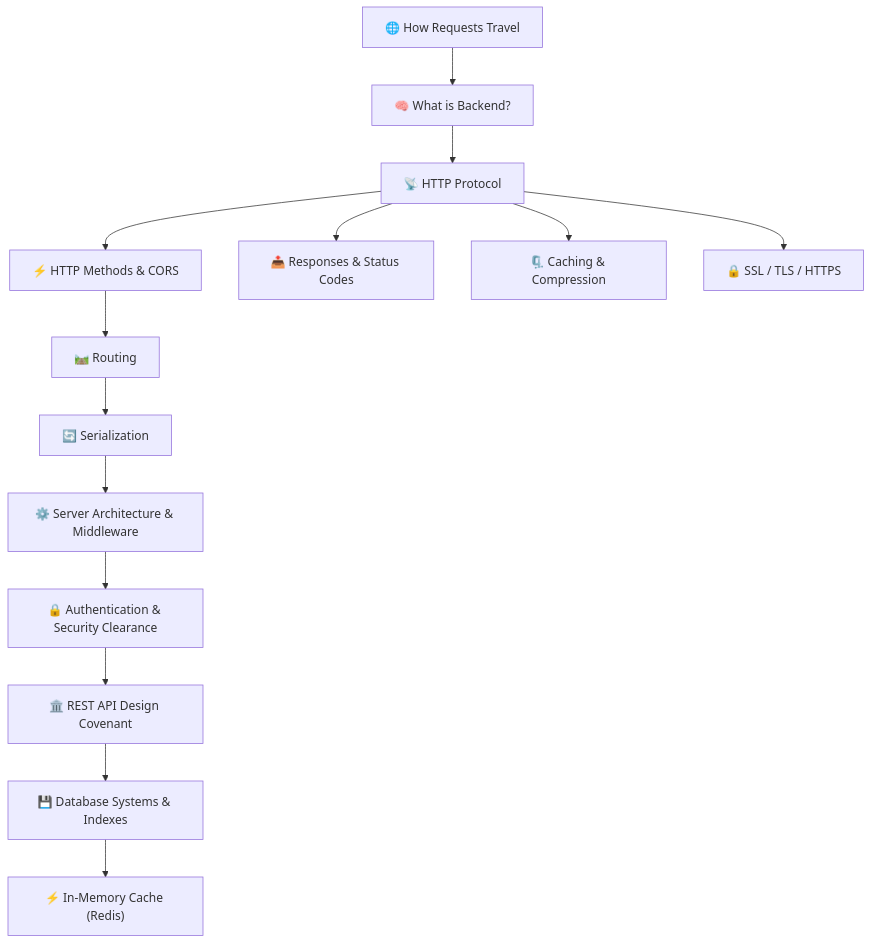
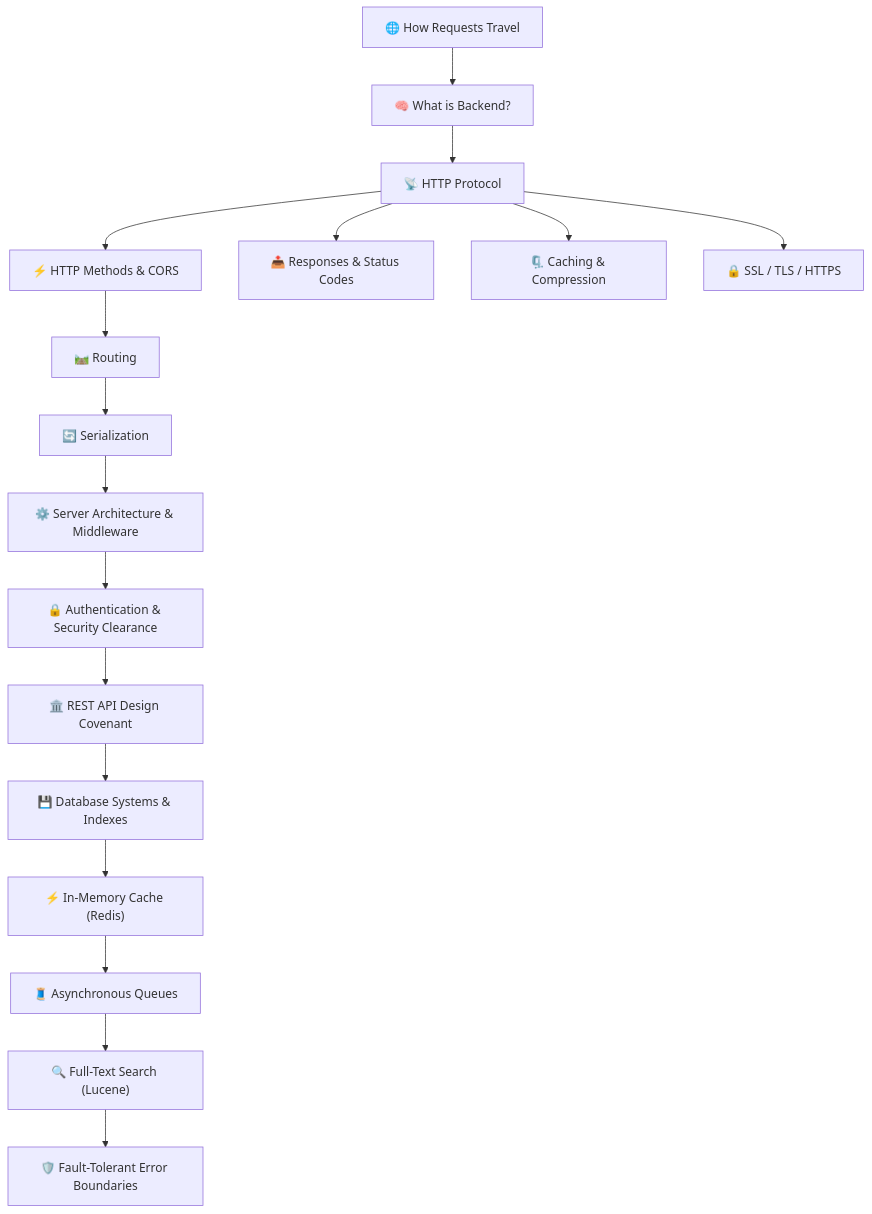
Before and after one commit to HarshitN87/Sriniously_backend_notes: the diagram in README.md, drawn with Mermaid. The commit also changed other lines of this file and 43 other files, not shown here.

````diff
--- a/README.md
+++ b/README.md
@@ -30,16 +33,19 @@
 ```mermaid
 flowchart TD
     A["🌐 How Requests Travel"] --> B["🧠 What is Backend?"]
     B --> C["📡 HTTP Protocol"]
     C --> D["⚡ HTTP Methods & CORS"]
     C --> E["📤 Responses & Status Codes"]
     C --> F["🗜️ Caching & Compression"]
     C --> G["🔒 SSL / TLS / HTTPS"]
     D --> H["🛤️ Routing"]
     H --> I["🔄 Serialization"]
     I --> J["⚙️ Server Architecture & Middleware"]
     J --> K["🔒 Authentication & Security Clearance"]
     K --> L["🏛️ REST API Design Covenant"]
     L --> M["💾 Database Systems & Indexes"]
     M --> N["⚡ In-Memory Cache (Redis)"]
+    N --> O["🧵 Asynchronous Queues"]
+    O --> P["🔍 Full-Text Search (Lucene)"]
+    P --> Q["🛡️ Fault-Tolerant Error Boundaries"]
 ```
````
